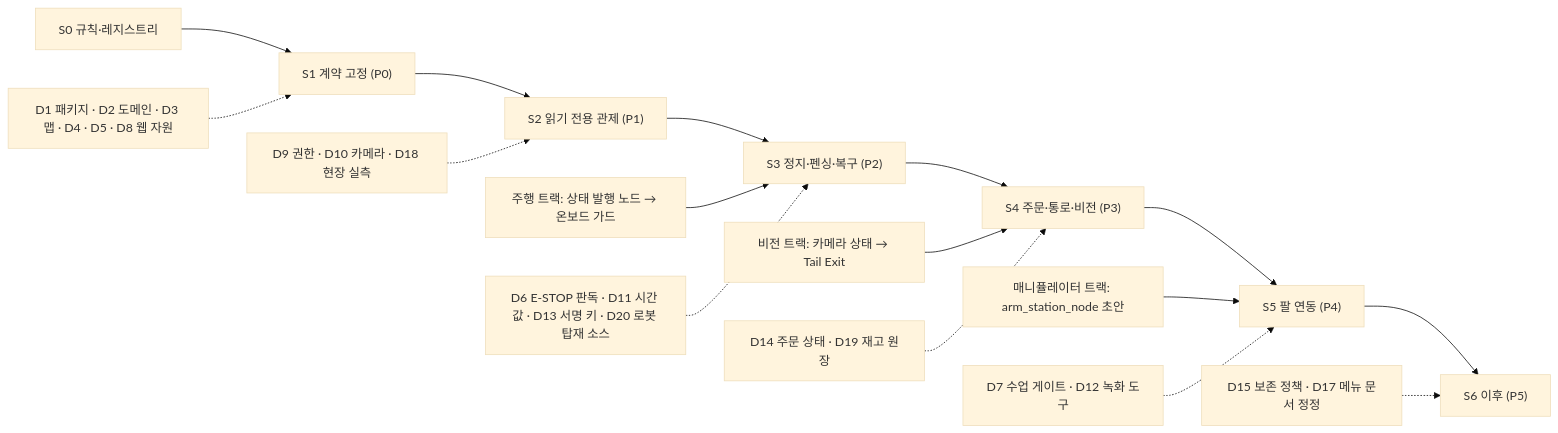
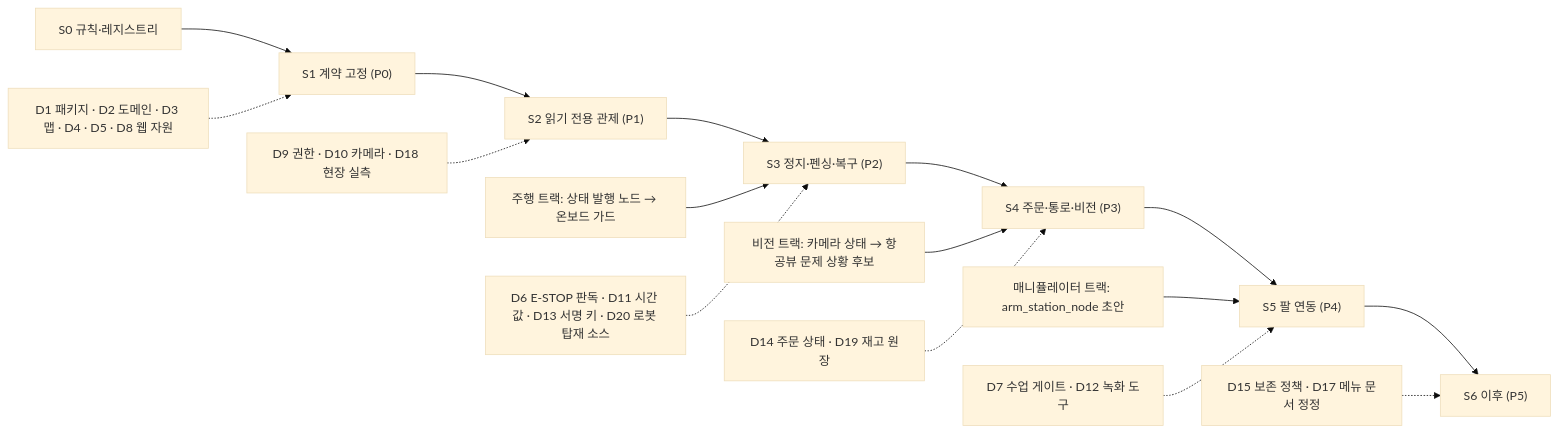
Before and after one commit to kernel-robot-8th/kernel-robot-repo-4: the diagram in docs/fms_roadmap.md, drawn with Mermaid (base theme). The commit also changed other lines of this file and 18 other files, not shown here.

````diff
--- a/docs/fms_roadmap.md
+++ b/docs/fms_roadmap.md
@@ -34,18 +34,18 @@
 ```mermaid
 flowchart LR
   S0["S0 규칙·레지스트리"] --> S1["S1 계약 고정 (P0)"]
   S1 --> S2["S2 읽기 전용 관제 (P1)"]
   S2 --> S3["S3 정지·펜싱·복구 (P2)"]
   S3 --> S4["S4 주문·통로·비전 (P3)"]
   S4 --> S5["S5 팔 연동 (P4)"]
   S5 --> S6["S6 이후 (P5)"]
   NAV["주행 트랙: 상태 발행 노드 → 온보드 가드"] --> S3
-  VIS["비전 트랙: 카메라 상태 → Tail Exit"] --> S4
+  VIS["비전 트랙: 카메라 상태 → 항공뷰 문제 상황 후보"] --> S4
   ARM["매니퓰레이터 트랙: arm_station_node 초안"] --> S5
   DS1["D1 패키지 · D2 도메인 · D3 맵 · D4 · D5 · D8 웹 자원"] -.-> S1
   DS2["D9 권한 · D10 카메라 · D18 현장 실측"] -.-> S2
   DS3["D6 E-STOP 판독 · D11 시간 값 · D13 서명 키 · D20 로봇 탑재 소스"] -.-> S3
   DS4["D14 주문 상태 · D19 재고 원장"] -.-> S4
   DS5["D7 수업 게이트 · D12 녹화 도구"] -.-> S5
   DS6["D15 보존 정책 · D17 메뉴 문서 정정"] -.-> S6
 ```
````
